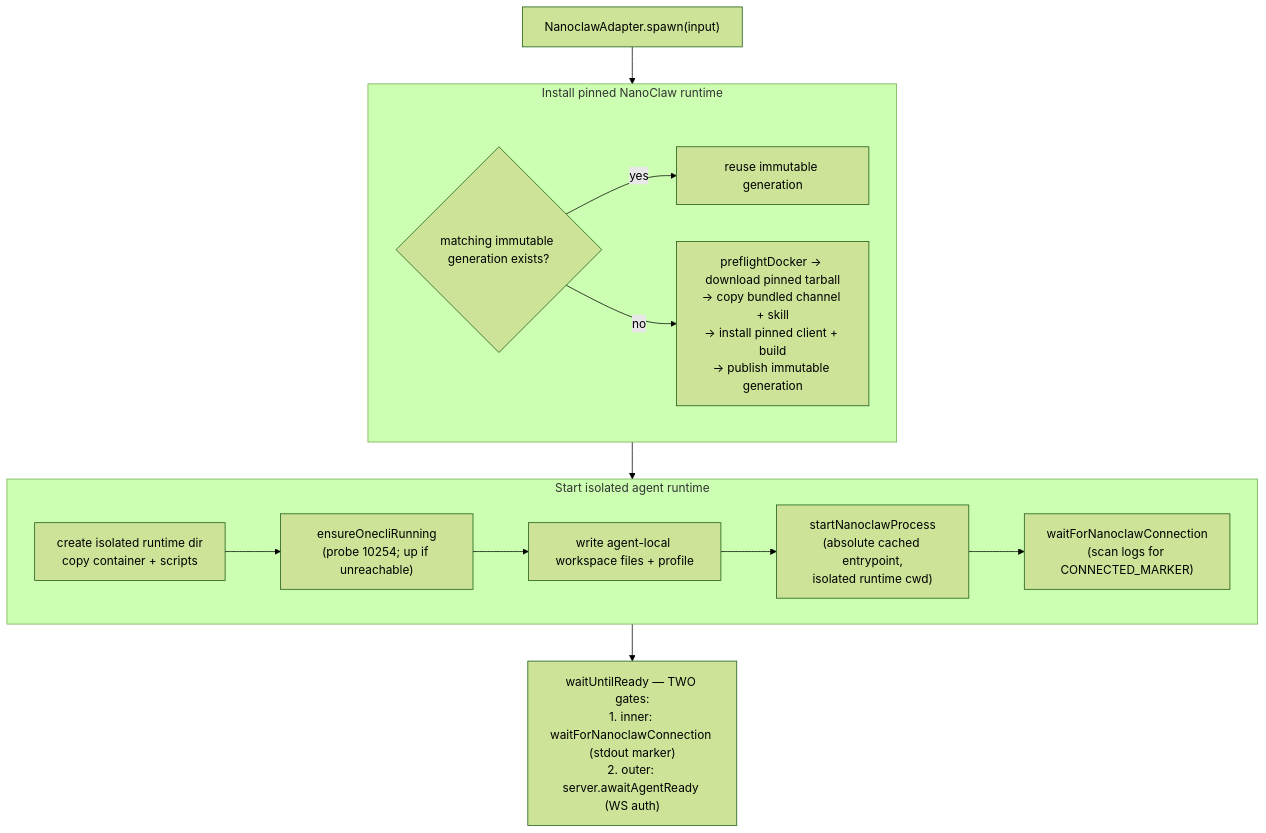
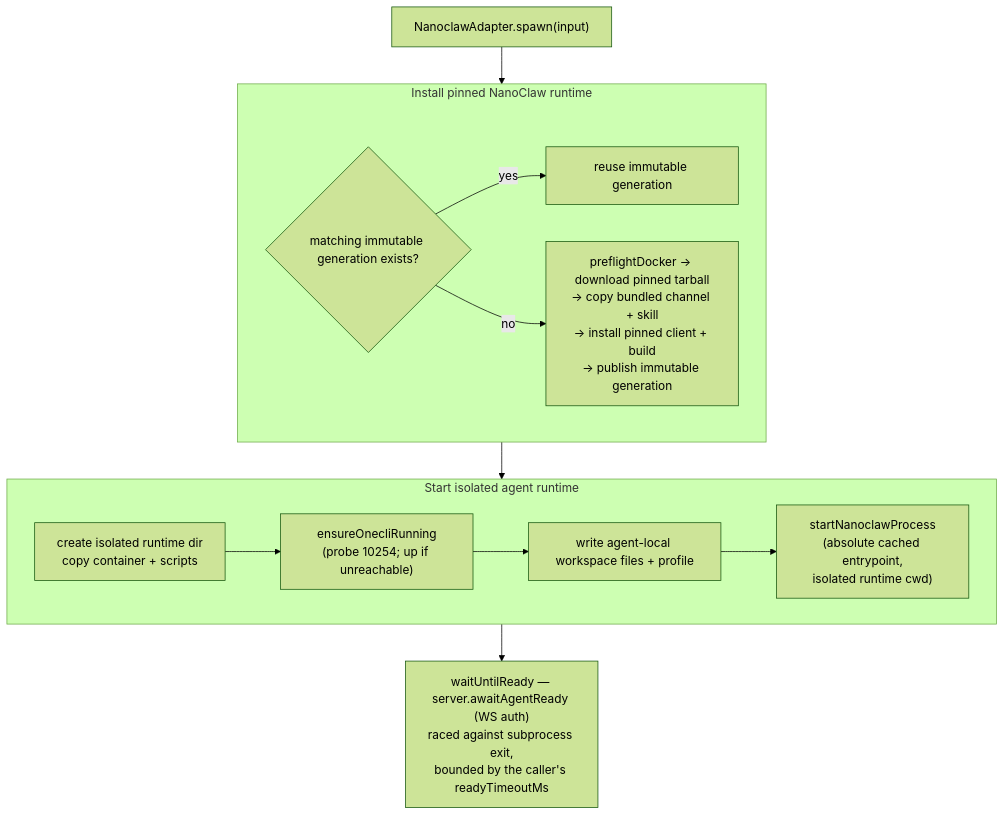
One commit to chughtapan/moltzap changed the fourth of 6 diagrams in packages/testbed/src/MODULE.md. Above: the diagram before and after it, drawn with Mermaid (forest theme). The commit also changed other lines of this file and 3 other files, not shown here.

````diff
--- a/packages/testbed/src/MODULE.md
+++ b/packages/testbed/src/MODULE.md
@@ -227,21 +227,20 @@
 ```mermaid
 flowchart TD
   NS["NanoclawAdapter.spawn(input)"]
   subgraph P1["Install pinned NanoClaw runtime"]
     P1C{"matching immutable generation exists?"}
     P1WARM["reuse immutable generation"]
     P1COLD["preflightDocker → download pinned tarball<br>→ copy bundled channel + skill<br>→ install pinned client + build<br>→ publish immutable generation"]
     P1C -->|yes| P1WARM
     P1C -->|no| P1COLD
   end
   subgraph P2["Start isolated agent runtime"]
     P2DIR["create isolated runtime dir<br>copy container + scripts"]
     P2OC["ensureOnecliRunning<br>(probe 10254; up if unreachable)"]
     P2WS["write agent-local workspace files + profile"]
     P2SP["startNanoclawProcess<br>(absolute cached entrypoint,<br>isolated runtime cwd)"]
-    P2WAIT["waitForNanoclawConnection<br>(scan logs for CONNECTED_MARKER)"]
-    P2DIR --> P2OC --> P2WS --> P2SP --> P2WAIT
+    P2DIR --> P2OC --> P2WS --> P2SP
   end
-  NCR["waitUntilReady — TWO gates:<br>1. inner: waitForNanoclawConnection (stdout marker)<br>2. outer: server.awaitAgentReady (WS auth)"]
+  NCR["waitUntilReady — server.awaitAgentReady (WS auth)<br>raced against subprocess exit,<br>bounded by the caller's readyTimeoutMs"]
   NS --> P1 --> P2 --> NCR
 ```
````
